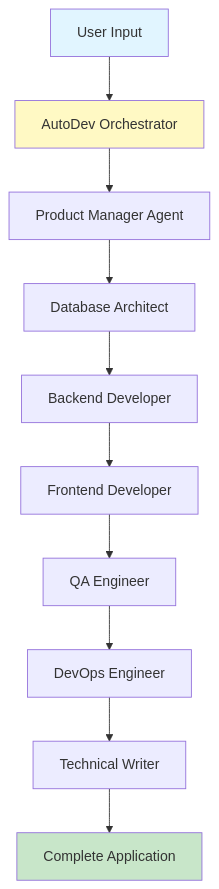
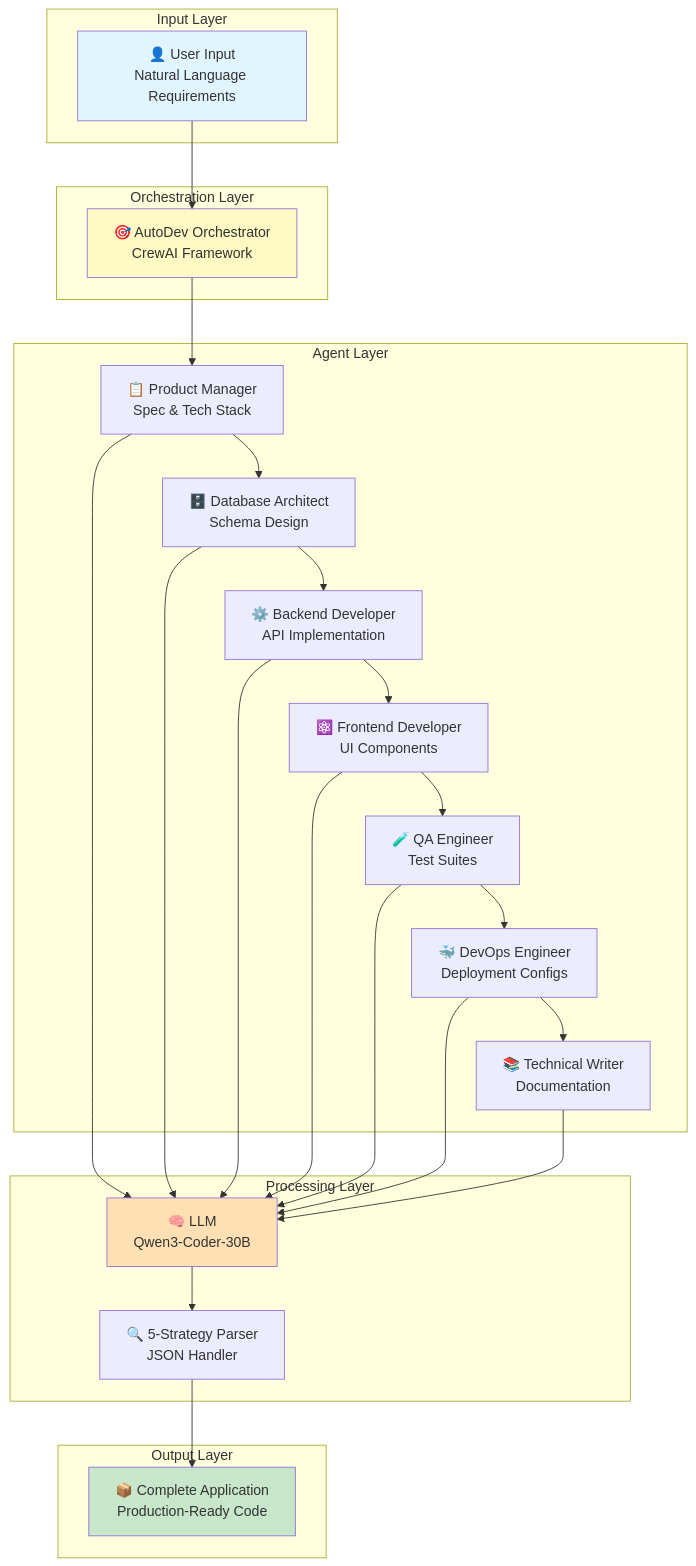
Before and after one commit to aryadoshii/autodev: the diagram in README.md, drawn with Mermaid. The commit also changed other lines of this file, not shown here.

````diff
--- a/README.md
+++ b/README.md
@@ -118,16 +362,46 @@
 ```mermaid
 graph TB
-    A[User Input] --> B[AutoDev Orchestrator]
-    B --> C[Product Manager Agent]
-    C --> D[Database Architect]
-    D --> E[Backend Developer]
-    E --> F[Frontend Developer]
-    F --> G[QA Engineer]
-    G --> H[DevOps Engineer]
-    H --> I[Technical Writer]
-    I --> J[Complete Application]
+    subgraph "Input Layer"
+        A[👤 User Input<br/>Natural Language Requirements]
+    end
+    
+    subgraph "Orchestration Layer"
+        B[🎯 AutoDev Orchestrator<br/>CrewAI Framework]
+    end
+    
+    subgraph "Agent Layer"
+        C[📋 Product Manager<br/>Spec & Tech Stack]
+        D[🗄️ Database Architect<br/>Schema Design]
+        E[⚙️ Backend Developer<br/>API Implementation]
+        F[⚛️ Frontend Developer<br/>UI Components]
+        G[🧪 QA Engineer<br/>Test Suites]
+        H[🐳 DevOps Engineer<br/>Deployment Configs]
+        I[📚 Technical Writer<br/>Documentation]
+    end
+    
+    subgraph "Processing Layer"
+        J[🧠 LLM<br/>Qwen3-Coder-30B]
+        K[🔍 5-Strategy Parser<br/>JSON Handler]
+    end
+    
+    subgraph "Output Layer"
+        L[📦 Complete Application<br/>Production-Ready Code]
+    end
+    
+    A --> B
+    B --> C
+    C --> D
+    D --> E
+    E --> F
+    F --> G
+    G --> H
+    H --> I
+    C & D & E & F & G & H & I --> J
+    J --> K
+    K --> L
     
     style A fill:#e1f5ff
-    style J fill:#c8e6c9
     style B fill:#fff9c4
+    style L fill:#c8e6c9
+    style J fill:#ffe0b2
 ```
````
